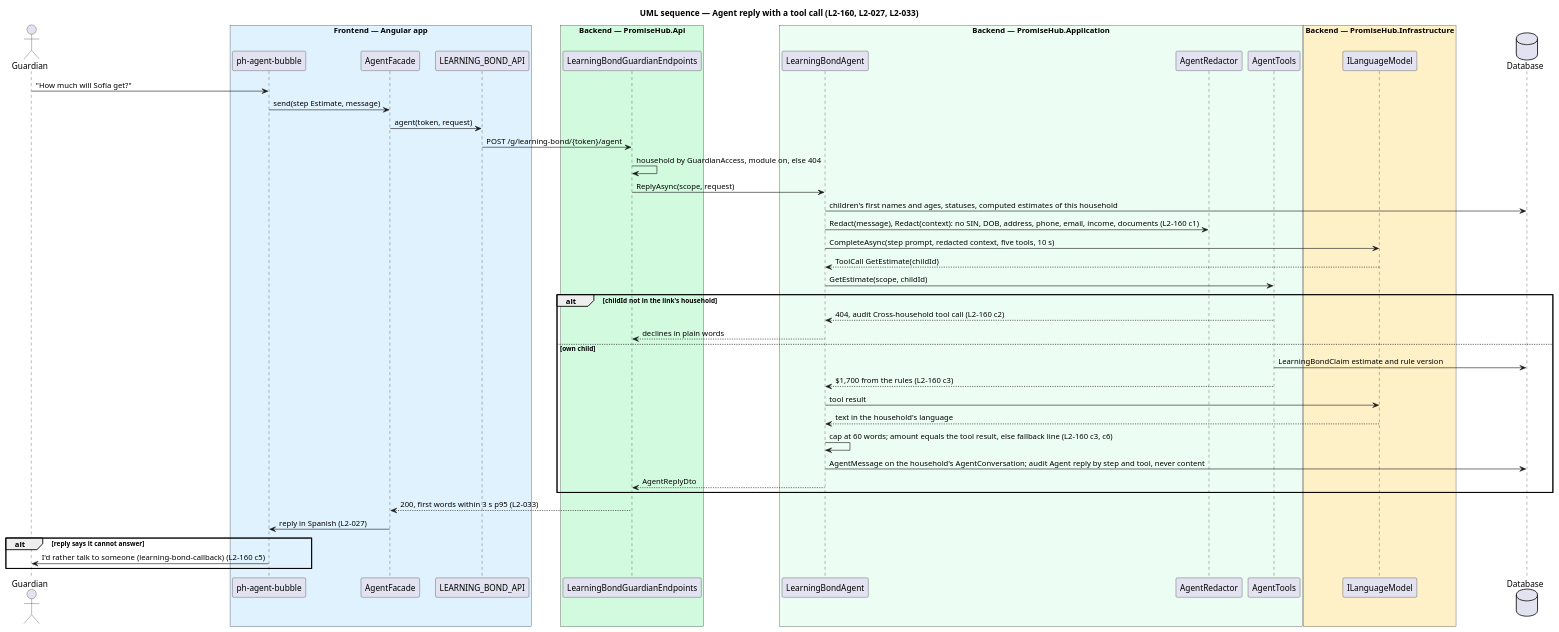
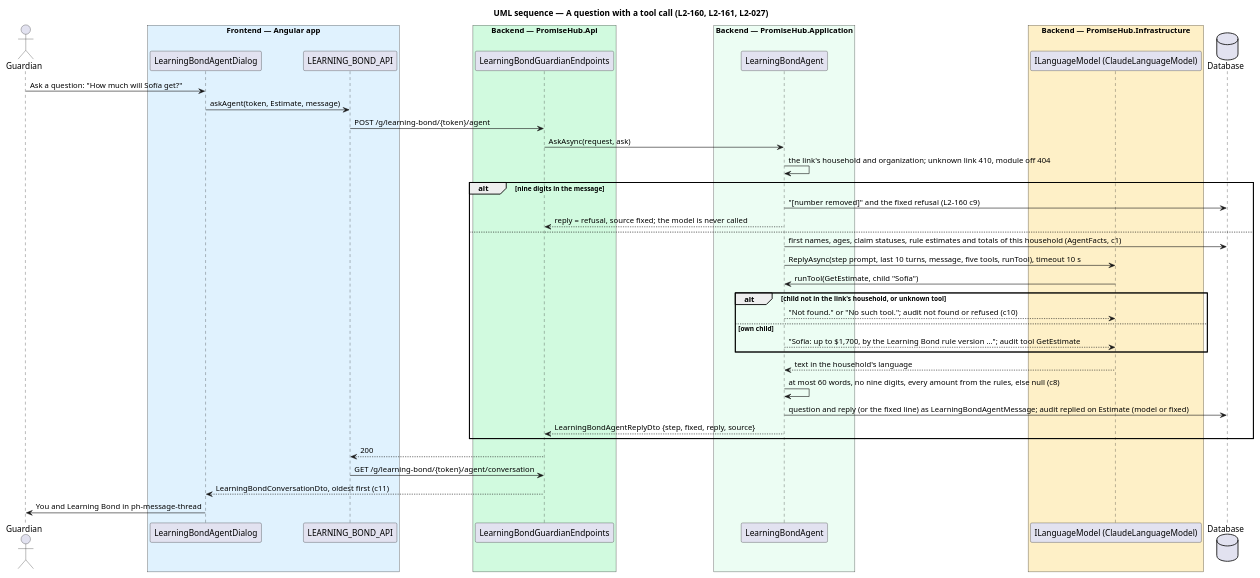
The diagram in docs/detailed-designs/learning-bond/run-learning-bond-agent/diagrams/sequence-agent-reply.puml (QuinntyneBrown/promise-hub), drawn with PlantUML before and after one commit. The commit also changed 93 other files, not shown here.

First line of the commit message:
Align the agent docs with what was built (prompt 92)

```diff
--- a/docs/detailed-designs/learning-bond/run-learning-bond-agent/diagrams/sequence-agent-reply.puml
+++ b/docs/detailed-designs/learning-bond/run-learning-bond-agent/diagrams/sequence-agent-reply.puml
@@ -1,52 +1,47 @@
 @startuml
-title UML sequence — Agent reply with a tool call (L2-160, L2-027, L2-033)
+title UML sequence — A question with a tool call (L2-160, L2-161, L2-027)
 skinparam backgroundColor #FFFFFF
 skinparam shadowing false
 skinparam defaultFontName Arial
 actor "Guardian" as g
 box "Frontend — Angular app" #E0F2FE
-participant "ph-agent-bubble" as bubble
-participant AgentFacade as facade
+participant LearningBondAgentDialog as dialog
 participant LEARNING_BOND_API as client
 end box
 box "Backend — PromiseHub.Api" #D1FADF
 participant LearningBondGuardianEndpoints as api
 end box
 box "Backend — PromiseHub.Application" #ECFDF3
 participant LearningBondAgent as agent
-participant AgentRedactor as redactor
-participant AgentTools as tools
 end box
 box "Backend — PromiseHub.Infrastructure" #FEF0C7
-participant ILanguageModel as llm
+participant "ILanguageModel (ClaudeLanguageModel)" as llm
 end box
 database "Database" as db
-g -> bubble : "How much will Sofía get?"
-bubble -> facade : send(step Estimate, message)
-facade -> client : agent(token, request)
+g -> dialog : Ask a question: "How much will Sofía get?"
+dialog -> client : askAgent(token, Estimate, message)
 client -> api : POST /g/learning-bond/{token}/agent
-api -> api : household by GuardianAccess, module on, else 404
-api -> agent : ReplyAsync(scope, request)
-agent -> db : children's first names and ages, statuses, computed estimates of this household
-agent -> redactor : Redact(message), Redact(context): no SIN, DOB, address, phone, email, income, documents (L2-160 c1)
-agent -> llm : CompleteAsync(step prompt, redacted context, five tools, 10 s)
-llm --> agent : ToolCall GetEstimate(childId)
-agent -> tools : GetEstimate(scope, childId)
-alt childId not in the link's household
-  tools --> agent : 404, audit Cross-household tool call (L2-160 c2)
-  agent --> api : declines in plain words
-else own child
-  tools -> db : LearningBondClaim estimate and rule version
-  tools --> agent : $1,700 from the rules (L2-160 c3)
-  agent -> llm : tool result
+api -> agent : AskAsync(request, ask)
+agent -> agent : the link's household and organization; unknown link 410, module off 404
+alt nine digits in the message
+  agent -> db : "[number removed]" and the fixed refusal (L2-160 c9)
+  agent --> api : reply = refusal, source fixed; the model is never called
+else
+  agent -> db : first names, ages, claim statuses, rule estimates and totals of this household (AgentFacts, c1)
+  agent -> llm : ReplyAsync(step prompt, last 10 turns, message, five tools, runTool), timeout 10 s
+  llm -> agent : runTool(GetEstimate, child "Sofía")
+  alt child not in the link's household, or unknown tool
+    agent --> llm : "Not found." or "No such tool."; audit not found or refused (c10)
+  else own child
+    agent --> llm : "Sofía: up to $1,700, by the Learning Bond rule version ..."; audit tool GetEstimate
+  end
   llm --> agent : text in the household's language
-  agent -> agent : cap at 60 words; amount equals the tool result, else fallback line (L2-160 c3, c6)
-  agent -> db : AgentMessage on the household's AgentConversation; audit Agent reply by step and tool, never content
-  agent --> api : AgentReplyDto
+  agent -> agent : at most 60 words, no nine digits, every amount from the rules, else null (c8)
+  agent -> db : question and reply (or the fixed line) as LearningBondAgentMessage; audit replied on Estimate (model or fixed)
+  agent --> api : LearningBondAgentReplyDto {step, fixed, reply, source}
 end
-api --> facade : 200, first words within 3 s p95 (L2-033)
-facade -> bubble : reply in Spanish (L2-027)
-alt reply says it cannot answer
-  bubble -> g : I'd rather talk to someone (learning-bond-callback) (L2-160 c5)
-end
+api --> client : 200
+client -> api : GET /g/learning-bond/{token}/agent/conversation
+api --> dialog : LearningBondConversationDto, oldest first (c11)
+dialog -> g : You and Learning Bond in ph-message-thread
 @enduml
```
